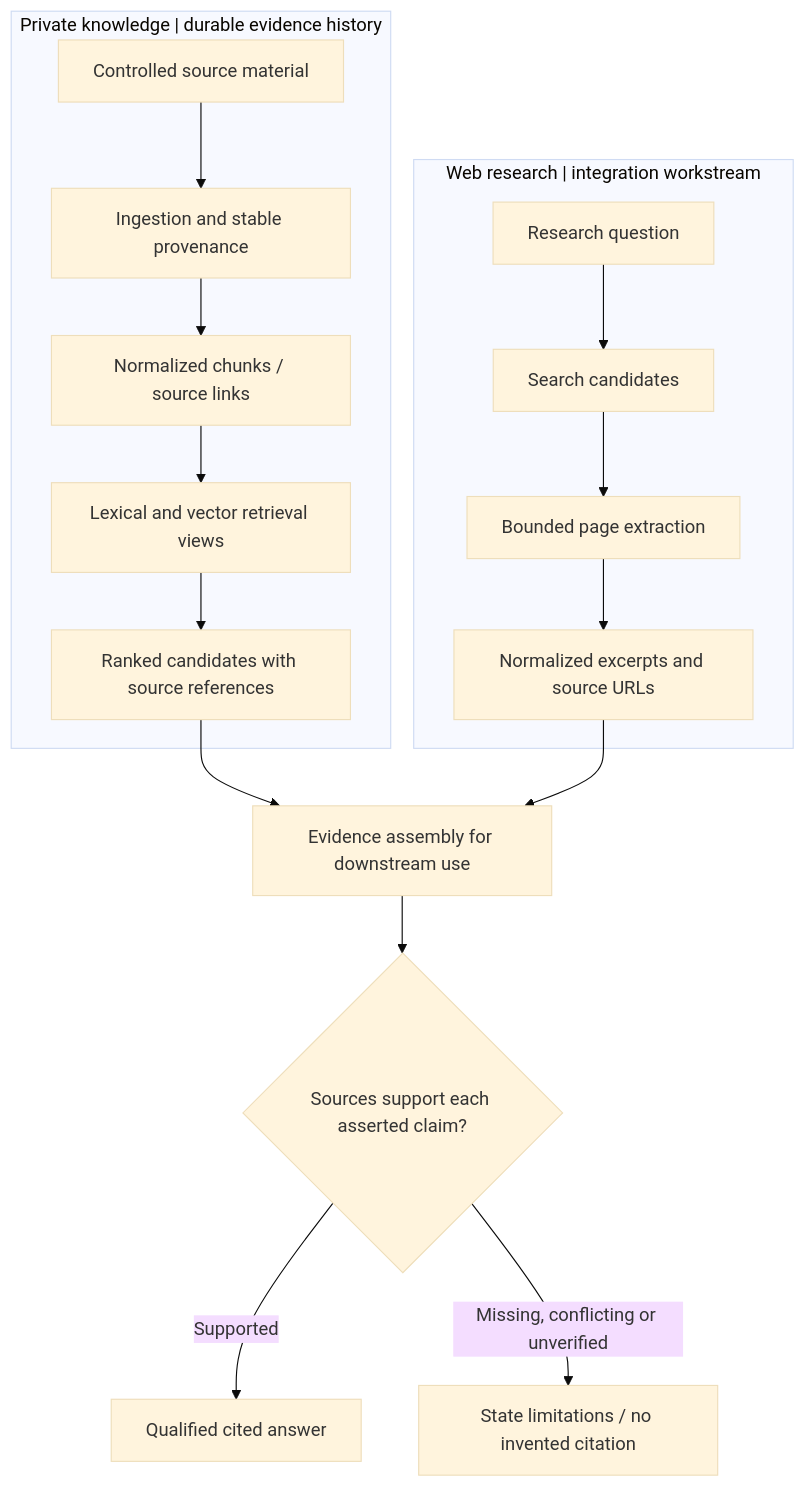
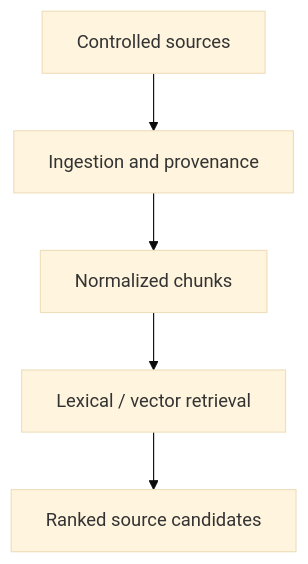
The first of 3 diagrams in architecture/retrieval-provenance.md (Ozzurac/ncma-engineering), drawn with Mermaid (base theme) before and after one commit. The commit also changed other lines of this file and 5 other files, not shown here.

First line of the commit message:
docs: make NCMA Mermaid architecture flows readable

````diff
--- a/architecture/retrieval-provenance.md
+++ b/architecture/retrieval-provenance.md
@@ -15,19 +18,7 @@
 ```mermaid
 flowchart TB
-    subgraph K["Private knowledge | durable evidence history"]
-      CORPUS["Controlled source material"] --> INGEST["Ingestion and stable provenance"]
-      INGEST --> CHUNK["Normalized chunks / source links"]
-      CHUNK --> INDEX["Lexical and vector retrieval views"]
-      INDEX --> CAND["Ranked candidates with source references"]
-    end
-    subgraph W["Web research | integration workstream"]
-      QUESTION["Research question"] --> SEARCH["Search candidates"]
-      SEARCH --> EXTRACT["Bounded page extraction"]
-      EXTRACT --> REF["Normalized excerpts and source URLs"]
-    end
-    CAND --> ASSEMBLE["Evidence assembly for downstream use"]
-    REF --> ASSEMBLE
-    ASSEMBLE --> GATE{"Sources support each asserted claim?"}
-    GATE -->|"Supported"| ANSWER["Qualified cited answer"]
-    GATE -->|"Missing, conflicting or unverified"| UNCERTAIN["State limitations / no invented citation"]
+    CORPUS["Controlled sources"] --> INGEST["Ingestion and provenance"]
+    INGEST --> CHUNKS["Normalized chunks"]
+    CHUNKS --> RETRIEVE["Lexical / vector retrieval"]
+    RETRIEVE --> CANDIDATES["Ranked source candidates"]
 ```
````
